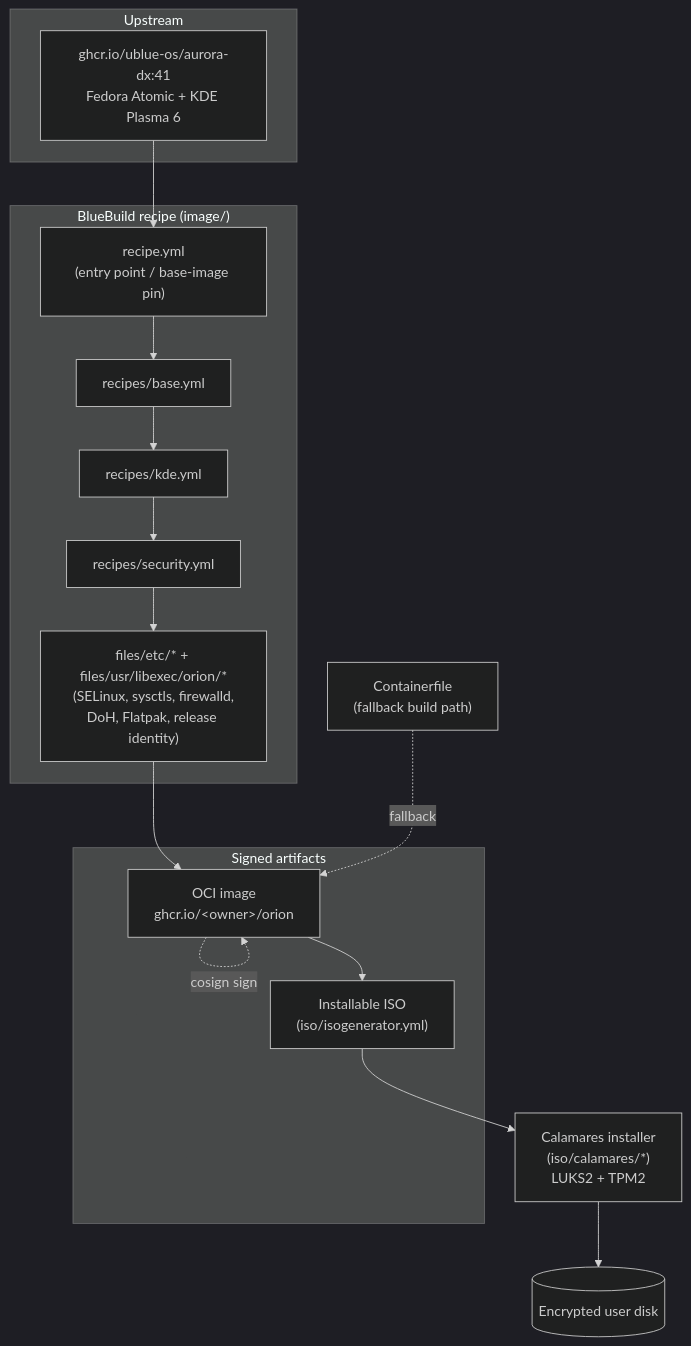
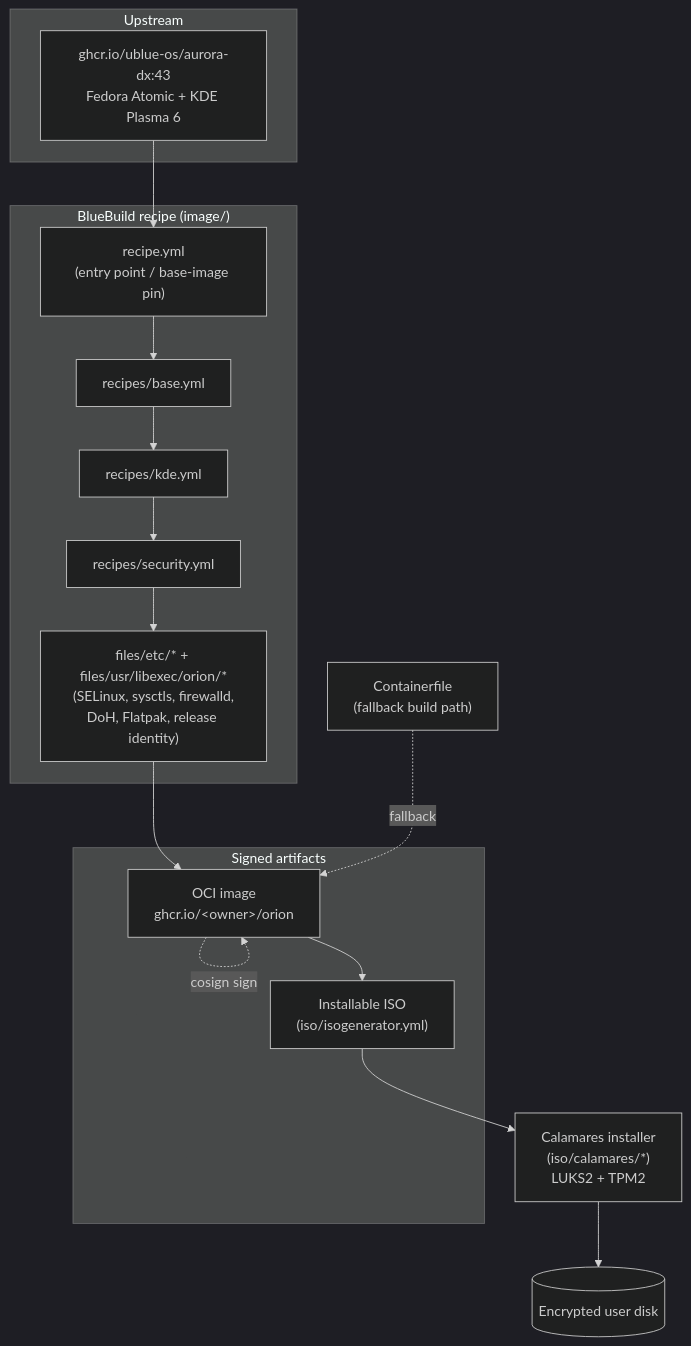
The first of 3 diagrams in docs/architecture.md (Gauthambinoy20/Orion-OS), drawn with Mermaid (dark theme) before and after one commit. The commit also changed 5 other files, not shown here.

````diff
--- a/docs/architecture.md
+++ b/docs/architecture.md
@@ -16,34 +16,34 @@
 ```mermaid
 flowchart TD
     subgraph upstream["Upstream"]
-        aurora["ghcr.io/ublue-os/aurora-dx:41<br/>Fedora Atomic + KDE Plasma 6"]
+        aurora["ghcr.io/ublue-os/aurora-dx:43<br/>Fedora Atomic + KDE Plasma 6"]
     end
 
     subgraph recipe["BlueBuild recipe (image/)"]
         entry["recipe.yml<br/>(entry point / base-image pin)"]
         base["recipes/base.yml"]
         kde["recipes/kde.yml"]
         sec["recipes/security.yml"]
         files["files/etc/* + files/usr/libexec/orion/*<br/>(SELinux, sysctls, firewalld,<br/>DoH, Flatpak, release identity)"]
     end
 
     cfile["Containerfile<br/>(fallback build path)"]
 
     subgraph artifacts["Signed artifacts"]
         oci["OCI image<br/>ghcr.io/&lt;owner&gt;/orion"]
         iso["Installable ISO<br/>(iso/isogenerator.yml)"]
     end
 
     installer["Calamares installer<br/>(iso/calamares/*)<br/>LUKS2 + TPM2"]
     disk[("Encrypted user disk")]
 
     aurora --> entry
     entry --> base --> kde --> sec
     sec --> files
     files --> oci
     cfile -.fallback.-> oci
     oci --> iso
     iso --> installer
     installer --> disk
     oci -. cosign sign .-> oci
 ```
````
